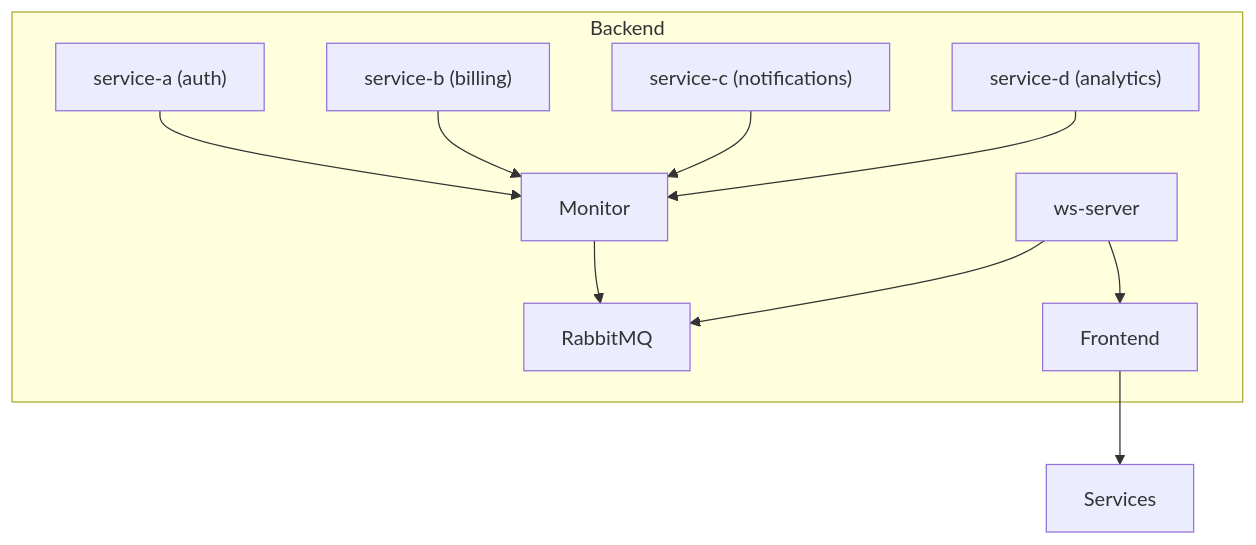
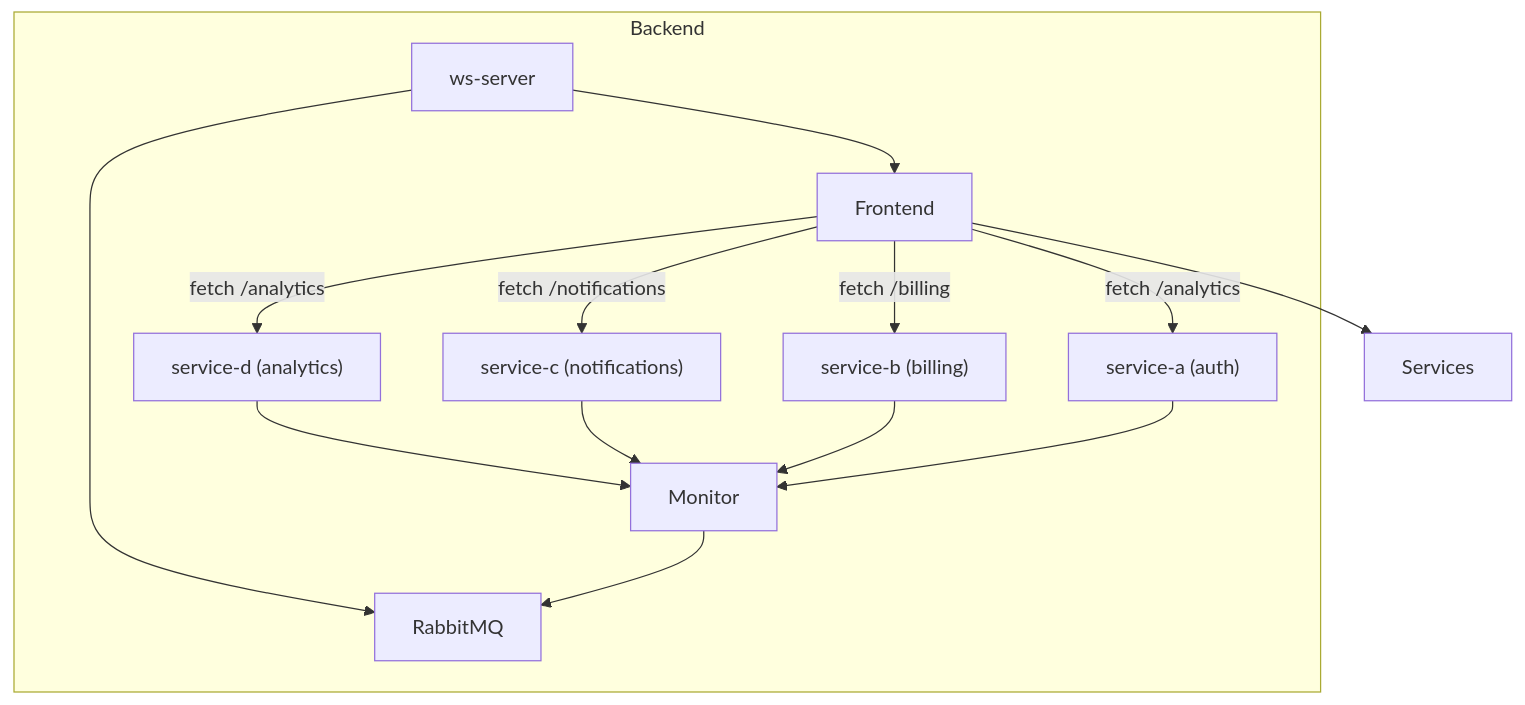
The diagram in README.md (CodePerson2/Fastify_Status_Monitor), drawn with Mermaid before and after one commit.

Commit message:
Clear README that outlines startup and purpose

````diff
--- a/README.md
+++ b/README.md
@@ -40,14 +40,18 @@
 ```mermaid
 graph TD
   subgraph Backend
     A["service-a (auth)"] --> Monitor
     B["service-b (billing)"] --> Monitor
     C["service-c (notifications)"] --> Monitor
     D["service-d (analytics)"] --> Monitor
     Monitor --> RabbitMQ
     WS["ws-server"] --> RabbitMQ
     WS --> Frontend
   end
 
   Frontend --> Services
+  Frontend -- "fetch /analytics" --> A
+  Frontend -- "fetch /billing" --> B
+  Frontend -- "fetch /notifications" --> C
+  Frontend -- "fetch /analytics" --> D
 ```  
````
